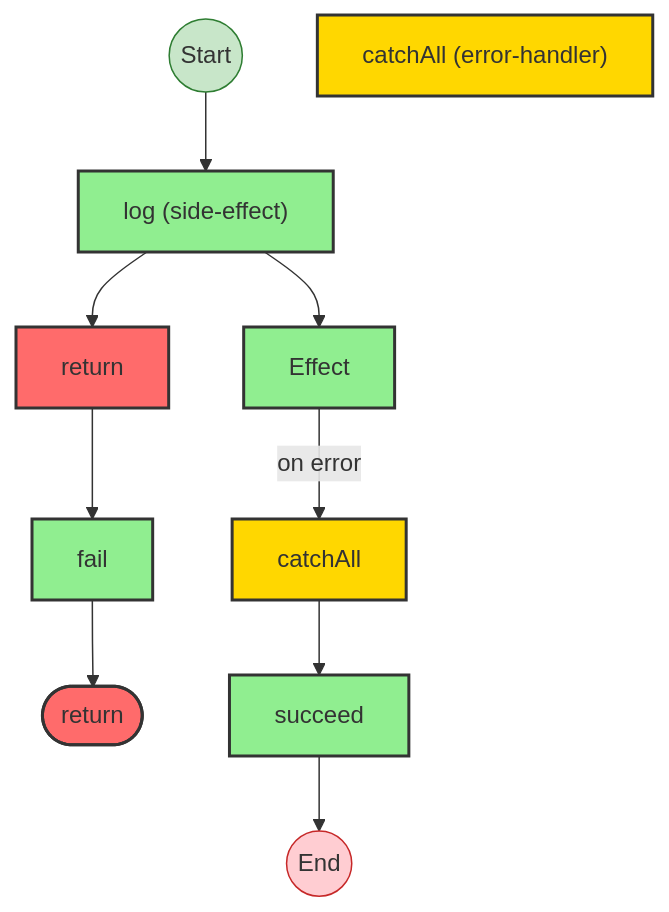
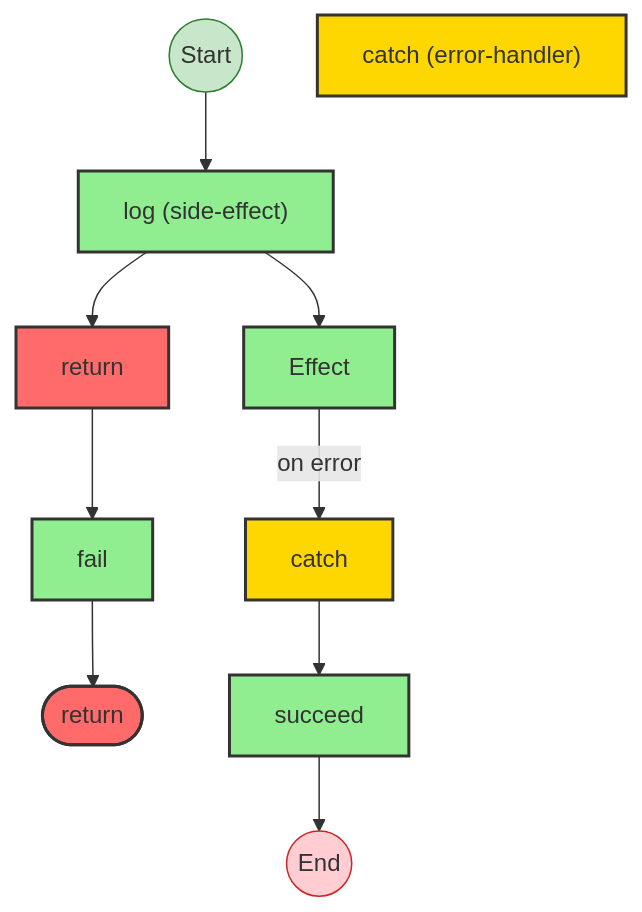
The first of 6 diagrams in packages/effect-analyzer/src/__fixtures__/error-handling.effect-analysis.md (jagreehal/effect-analyzer), drawn with Mermaid before and after one commit. The commit also changed other lines of this file and 131 other files, not shown here.

First line of the commit message:
feat!: Effect v4-only architecture with decomposed analysis interface (#202)

````diff
--- a/packages/effect-analyzer/src/__fixtures__/error-handling.effect-analysis.md
+++ b/packages/effect-analyzer/src/__fixtures__/error-handling.effect-analysis.md
@@ -13,44 +13,44 @@
 ```mermaid
 flowchart TB
 
-  %% Program: catchAllProgram
+  %% Program: catchProgram
 
   start((Start))
   end_node((End))
 
   n2["log (side-effect)"]
   n3["return"]
   term_4(["return"])
   n5["fail"]
-  n6["catchAll (error-handler)"]
+  n6["catch (error-handler)"]
   n7["Effect"]
-  err_handler_8["catchAll"]
+  err_handler_8["catch"]
   n9["succeed"]
 
   %% Edges
   n3 --> n5
   n5 --> term_4
   n2 --> n3
   n7 -->|on error| err_handler_8
   err_handler_8 --> n9
   n2 --> n7
   start --> n2
   n9 --> end_node
 
   %% Styles
   classDef startStyle fill:#c8e6c9,stroke:#2e7d32
   classDef endStyle fill:#ffcdd2,stroke:#c62828
   classDef effectStyle fill:#90EE90,stroke:#333,stroke-width:2px
   classDef errorHandlerStyle fill:#FFD700,stroke:#333,stroke-width:2px
   classDef terminalStyle fill:#FF6B6B,stroke:#333,stroke-width:2px
   class start startStyle
   class end_node endStyle
   class n2 effectStyle
   class n3 terminalStyle
   class term_4 terminalStyle
   class n5 effectStyle
   class n6 errorHandlerStyle
   class n7 effectStyle
   class err_handler_8 errorHandlerStyle
   class n9 effectStyle
 ```
````
